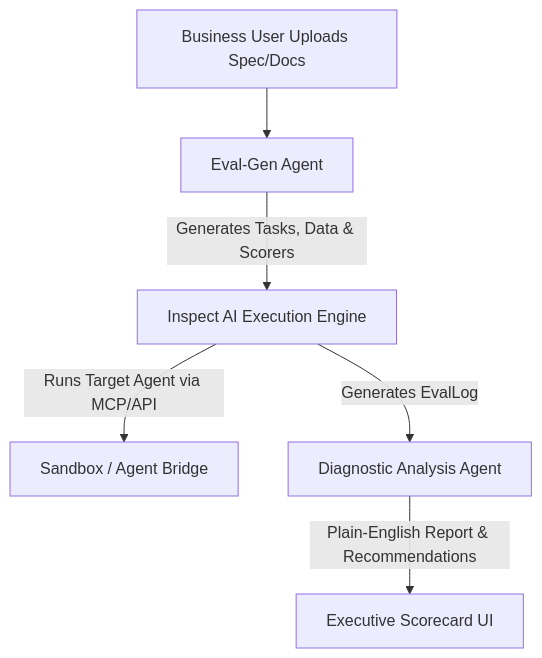
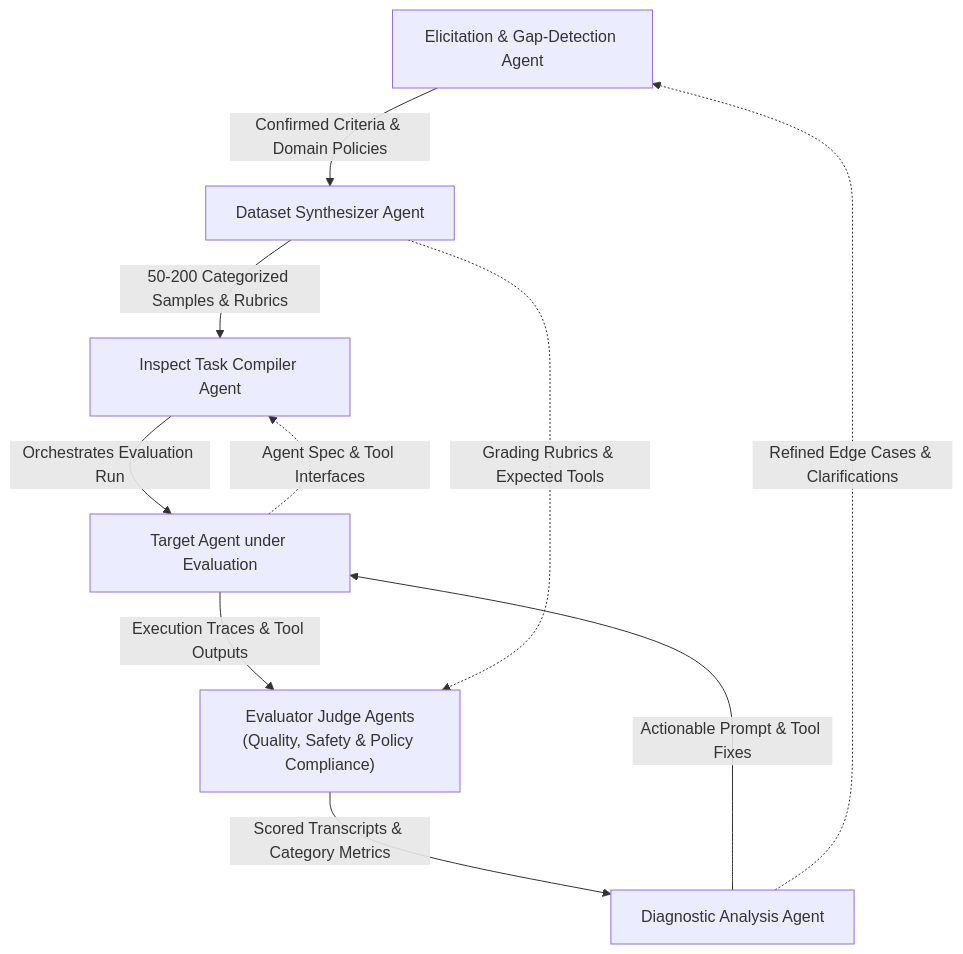
The second of 4 diagrams in docs/High Level Architecture.md (grigory93/eval-studio-ai), drawn with Mermaid before and after one commit. The commit also changed other lines of this file, not shown here.

````diff
--- a/docs/High Level Architecture.md
+++ b/docs/High Level Architecture.md
@@ -5,8 +93,19 @@
 ```mermaid
 flowchart TD
-    A["Business User Uploads Spec/Docs"] --> B["Eval-Gen Agent"]
-    B -->|"Generates Tasks, Data & Scorers"| C["Inspect AI Execution Engine"]
-    C -->|"Runs Target Agent via MCP/API"| D["Sandbox / Agent Bridge"]
-    C -->|"Generates EvalLog"| E["Diagnostic Analysis Agent"]
-    E -->|"Plain-English Report & Recommendations"| F["Executive Scorecard UI"]
+    Elicitation["Elicitation & Gap-Detection Agent"]
+    Synthesizer["Dataset Synthesizer Agent"]
+    Compiler["Inspect Task Compiler Agent"]
+    TargetAgent["Target Agent under Evaluation"]
+    Judges["Evaluator Judge Agents<br/>(Quality, Safety & Policy Compliance)"]
+    Diagnostics["Diagnostic Analysis Agent"]
+
+    Elicitation -->|"Confirmed Criteria & Domain Policies"| Synthesizer
+    Synthesizer -->|"50-200 Categorized Samples & Rubrics"| Compiler
+    TargetAgent -.->|"Agent Spec & Tool Interfaces"| Compiler
+    Compiler -->|"Orchestrates Evaluation Run"| TargetAgent
+    TargetAgent -->|"Execution Traces & Tool Outputs"| Judges
+    Synthesizer -.->|"Grading Rubrics & Expected Tools"| Judges
+    Judges -->|"Scored Transcripts & Category Metrics"| Diagnostics
+    Diagnostics -->|"Actionable Prompt & Tool Fixes"| TargetAgent
+    Diagnostics -.->|"Refined Edge Cases & Clarifications"| Elicitation
 ```
````
